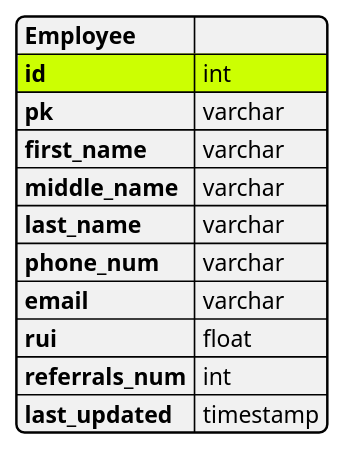
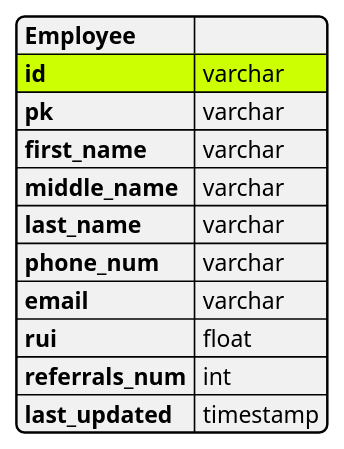
The diagram in docs/UML/employee_table.puml (davidseddy1/ReputationIndex), drawn with PlantUML before and after one commit.

Commit message:
Update employee_table.puml
updated id as a varchar type.

```diff
--- a/docs/UML/employee_table.puml
+++ b/docs/UML/employee_table.puml
@@ -1,17 +1,17 @@
 @startjson
 #highlight "id"
 
 {
     "Employee" : "",
-    "id" : "int",     
+    "id" : "varchar",     
     "pk" : "varchar",
     "first_name" : "varchar",
     "middle_name" : "varchar",
     "last_name"  : "varchar",
     "phone_num" : "varchar",
     "email" : "varchar",
     "rui" : "float",        
     "referrals_num" : "int",
     "last_updated" : "timestamp"
 }
 @endjson
```
